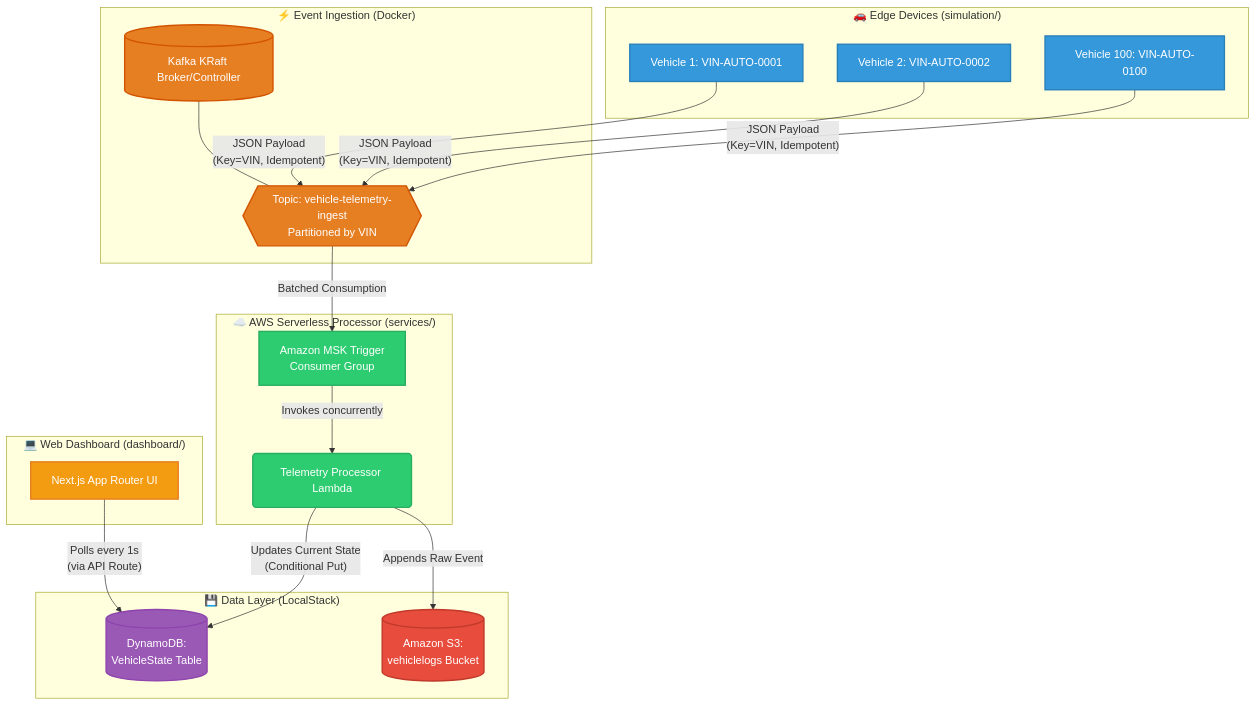
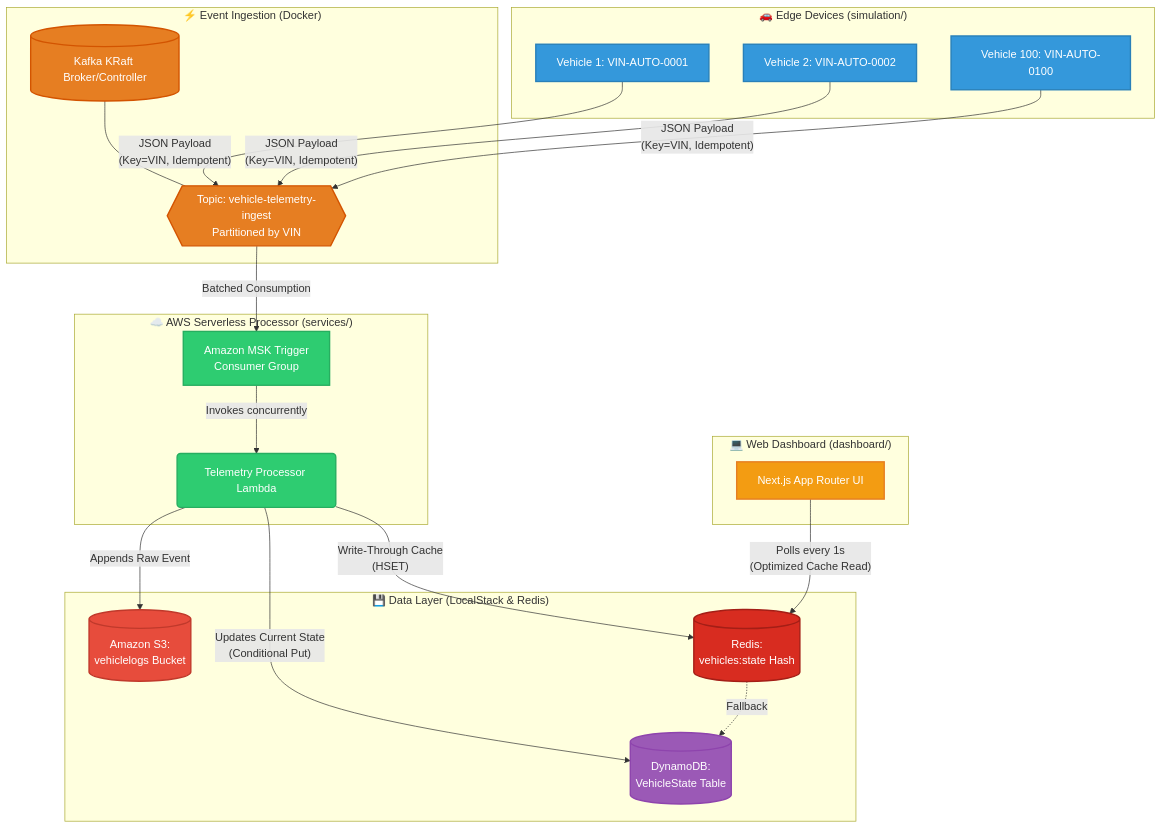
Before and after one commit to VarunU1511/connected-vehicle-sim: the first of 2 diagrams in docs/ARCHITECTURE.md, drawn with Mermaid. The commit also changed other lines of this file and 1 other file, not shown here.

Commit message:
docs: update architecture diagrams and readme for redis integration

````diff
--- a/docs/ARCHITECTURE.md
+++ b/docs/ARCHITECTURE.md
@@ -9,49 +9,53 @@
 ```mermaid
 flowchart TD
     %% Define Styles
     classDef vehicle fill:#3498db,stroke:#2980b9,stroke-width:2px,color:#fff
     classDef kafka fill:#e67e22,stroke:#d35400,stroke-width:2px,color:#fff
     classDef aws fill:#2ecc71,stroke:#27ae60,stroke-width:2px,color:#fff
     classDef ddb fill:#9b59b6,stroke:#8e44ad,stroke-width:2px,color:#fff
     classDef s3 fill:#e74c3c,stroke:#c0392b,stroke-width:2px,color:#fff
+    classDef redis fill:#d82c20,stroke:#a41e16,stroke-width:2px,color:#fff
     classDef ui fill:#f39c12,stroke:#e67e22,stroke-width:2px,color:#fff
     
     subgraph Edge ["🚗 Edge Devices (simulation/)"]
         V1[Vehicle 1: VIN-AUTO-0001]:::vehicle
         V2[Vehicle 2: VIN-AUTO-0002]:::vehicle
         V100[Vehicle 100: VIN-AUTO-0100]:::vehicle
     end
 
     subgraph Streaming ["⚡ Event Ingestion (Docker)"]
         KRAFT[(Kafka KRaft Broker/Controller)]:::kafka
         TOPIC{{Topic: vehicle-telemetry-ingest<br/>Partitioned by VIN}}:::kafka
         KRAFT --- TOPIC
     end
 
     subgraph AWS ["☁️ AWS Serverless Processor (services/)"]
         MSK_TRIGGER[Amazon MSK Trigger<br/>Consumer Group]:::aws
         LAMBDA(Telemetry Processor Lambda):::aws
     end
 
-    subgraph Storage ["💾 Data Layer (LocalStack)"]
+    subgraph Storage ["💾 Data Layer (LocalStack & Redis)"]
         DDB[(DynamoDB:<br/>VehicleState Table)]:::ddb
         S3[(Amazon S3:<br/>vehiclelogs Bucket)]:::s3
+        REDIS[(Redis:<br/>vehicles:state Hash)]:::redis
     end
 
     subgraph Client ["💻 Web Dashboard (dashboard/)"]
         NEXTJS[Next.js App Router UI]:::ui
     end
 
     %% Flow
     V1 -- "JSON Payload<br/>(Key=VIN, Idempotent)" --> TOPIC
     V2 -- "JSON Payload<br/>(Key=VIN, Idempotent)" --> TOPIC
     V100 -- "JSON Payload<br/>(Key=VIN, Idempotent)" --> TOPIC
 
     TOPIC -- "Batched Consumption" --> MSK_TRIGGER
     MSK_TRIGGER -- "Invokes concurrently" --> LAMBDA
 
     LAMBDA -- "Updates Current State<br/>(Conditional Put)" --> DDB
     LAMBDA -- "Appends Raw Event" --> S3
+    LAMBDA -- "Write-Through Cache<br/>(HSET)" --> REDIS
     
-    NEXTJS -- "Polls every 1s\n(via API Route)" --> DDB
+    NEXTJS -- "Polls every 1s\n(Optimized Cache Read)" --> REDIS
+    REDIS -. "Fallback" .-> DDB
 ```
````
